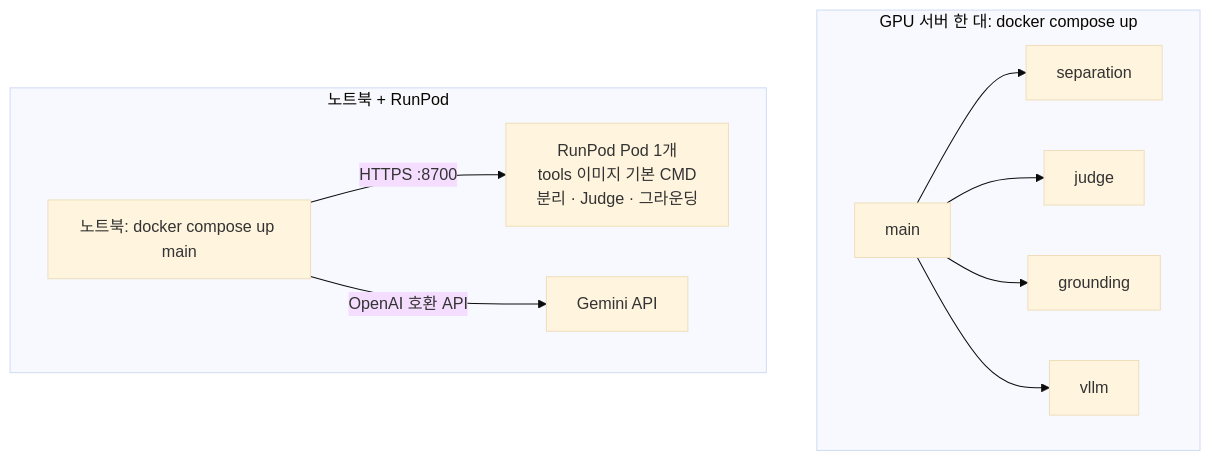
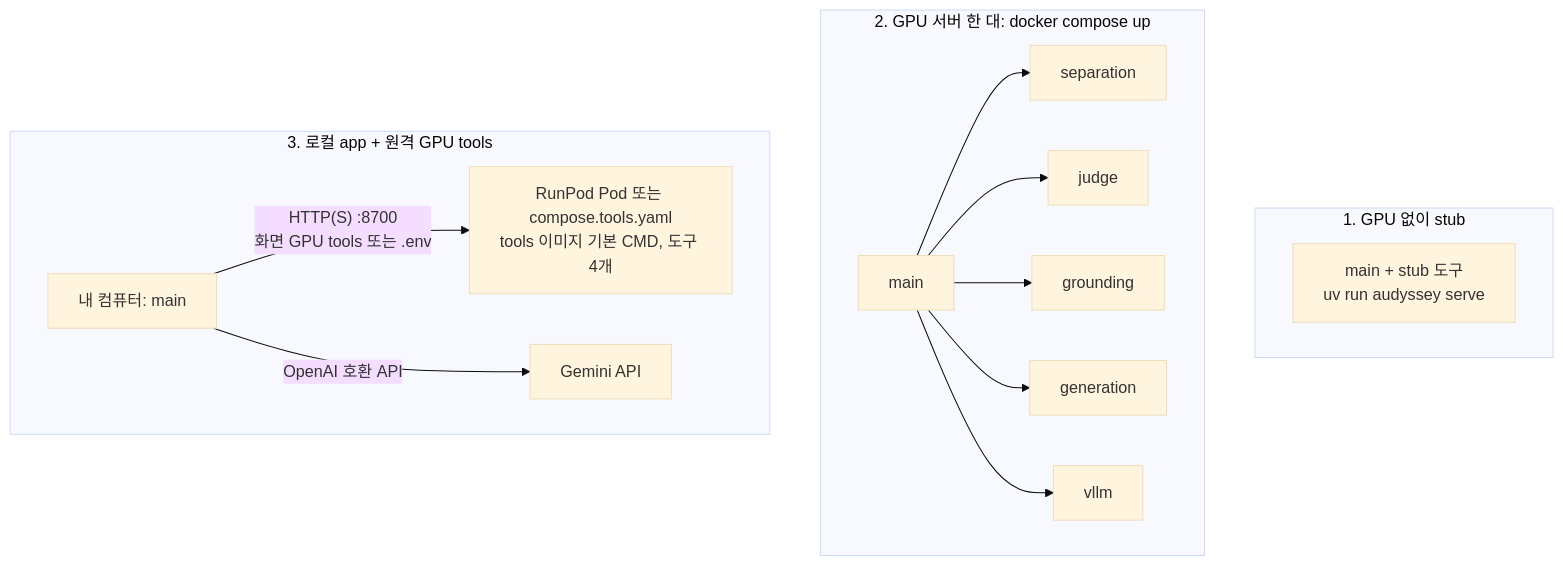
Before and after one commit to capstone-audissey-fall-2026/audyssey: the third of 3 diagrams in docs/architecture.md, drawn with Mermaid (base theme). The commit also changed other lines of this file, not shown here.

First line of the commit message:
docs(architecture): move the flow diagrams here and add gpu tools

````diff
--- a/docs/architecture.md
+++ b/docs/architecture.md
@@ -22,13 +75,17 @@
 ```mermaid
 flowchart TB
-  subgraph B["GPU 서버 한 대: docker compose up"]
+  subgraph A["1. GPU 없이 stub"]
+    A1["main + stub 도구<br/>uv run audyssey serve"]
+  end
+  subgraph B["2. GPU 서버 한 대: docker compose up"]
     B1["main"] --> B2["separation"]
     B1 --> B3["judge"]
     B1 --> B4["grounding"]
+    B1 --> B6["generation"]
     B1 --> B5["vllm"]
   end
-  subgraph C["노트북 + RunPod"]
-    C1["노트북: docker compose up main"] -- "HTTPS :8700" --> C2["RunPod Pod 1개<br/>tools 이미지 기본 CMD<br/>분리 · Judge · 그라운딩"]
+  subgraph C["3. 로컬 app + 원격 GPU tools"]
+    C1["내 컴퓨터: main"] -- "HTTP(S) :8700<br/>화면 GPU tools 또는 .env" --> C2["RunPod Pod 또는 compose.tools.yaml<br/>tools 이미지 기본 CMD, 도구 4개"]
     C1 -- "OpenAI 호환 API" --> C3["Gemini API"]
   end
 ```
````
